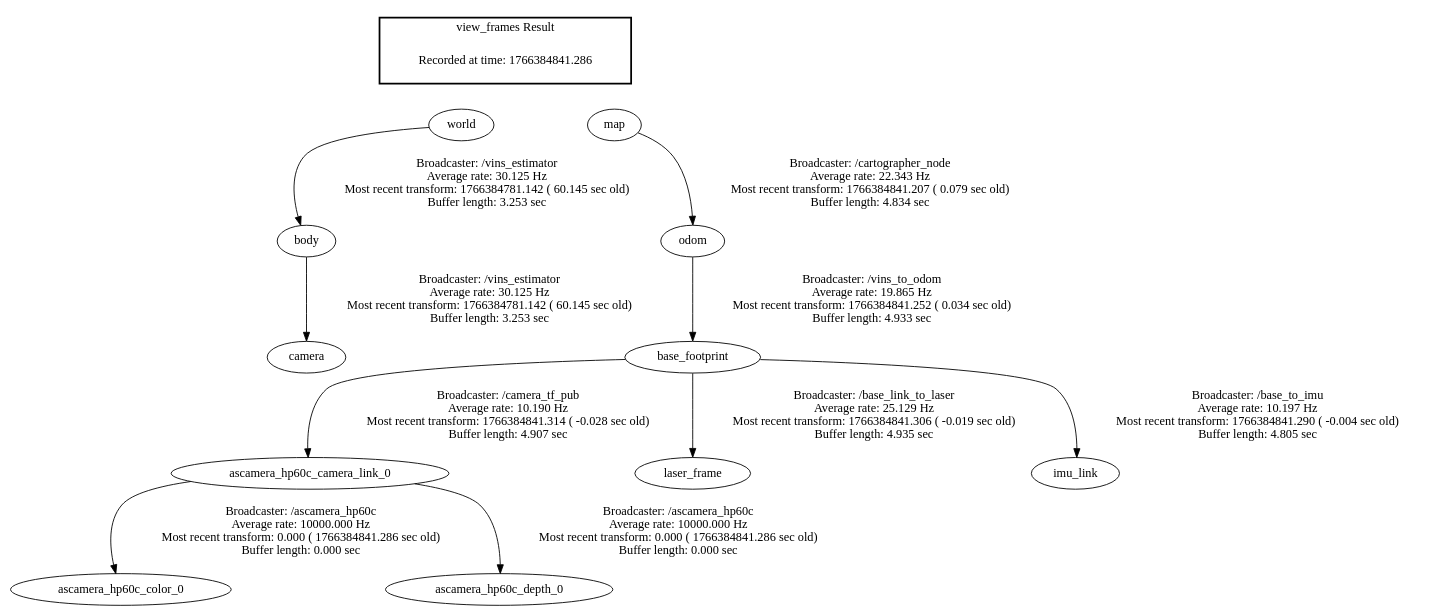
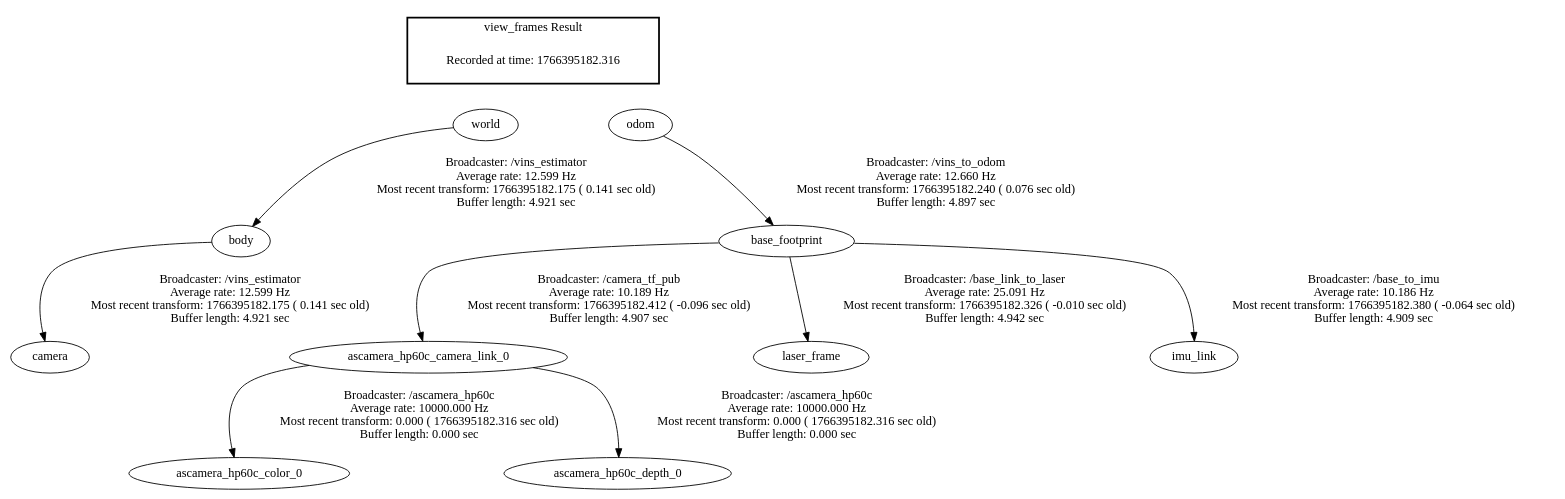
One commit to 2022090914028ysr-dotcom/rk3588 changed the diagram in NavOA_ws/frames.gv. Above: the diagram before and after it, drawn with Graphviz. The commit also changed 38 other files, not shown here.

```diff
--- a/NavOA_ws/frames.gv
+++ b/NavOA_ws/frames.gv
@@ -1,19 +1,18 @@
 digraph G {
-"ascamera_hp60c_camera_link_0" -> "ascamera_hp60c_color_0"[label="Broadcaster: /ascamera_hp60c\nAverage rate: 10000.000 Hz\nMost recent transform: 0.000 ( 1766384841.286 sec old)\nBuffer length: 0.000 sec\n"];
-"base_footprint" -> "ascamera_hp60c_camera_link_0"[label="Broadcaster: /camera_tf_pub\nAverage rate: 10.190 Hz\nMost recent transform: 1766384841.314 ( -0.028 sec old)\nBuffer length: 4.907 sec\n"];
-"ascamera_hp60c_camera_link_0" -> "ascamera_hp60c_depth_0"[label="Broadcaster: /ascamera_hp60c\nAverage rate: 10000.000 Hz\nMost recent transform: 0.000 ( 1766384841.286 sec old)\nBuffer length: 0.000 sec\n"];
-"odom" -> "base_footprint"[label="Broadcaster: /vins_to_odom\nAverage rate: 19.865 Hz\nMost recent transform: 1766384841.252 ( 0.034 sec old)\nBuffer length: 4.933 sec\n"];
-"world" -> "body"[label="Broadcaster: /vins_estimator\nAverage rate: 30.125 Hz\nMost recent transform: 1766384781.142 ( 60.145 sec old)\nBuffer length: 3.253 sec\n"];
-"body" -> "camera"[label="Broadcaster: /vins_estimator\nAverage rate: 30.125 Hz\nMost recent transform: 1766384781.142 ( 60.145 sec old)\nBuffer length: 3.253 sec\n"];
-"map" -> "odom"[label="Broadcaster: /cartographer_node\nAverage rate: 22.343 Hz\nMost recent transform: 1766384841.207 ( 0.079 sec old)\nBuffer length: 4.834 sec\n"];
-"base_footprint" -> "laser_frame"[label="Broadcaster: /base_link_to_laser\nAverage rate: 25.129 Hz\nMost recent transform: 1766384841.306 ( -0.019 sec old)\nBuffer length: 4.935 sec\n"];
-"base_footprint" -> "imu_link"[label="Broadcaster: /base_to_imu\nAverage rate: 10.197 Hz\nMost recent transform: 1766384841.290 ( -0.004 sec old)\nBuffer length: 4.805 sec\n"];
+"ascamera_hp60c_camera_link_0" -> "ascamera_hp60c_color_0"[label="Broadcaster: /ascamera_hp60c\nAverage rate: 10000.000 Hz\nMost recent transform: 0.000 ( 1766395182.316 sec old)\nBuffer length: 0.000 sec\n"];
+"base_footprint" -> "ascamera_hp60c_camera_link_0"[label="Broadcaster: /camera_tf_pub\nAverage rate: 10.189 Hz\nMost recent transform: 1766395182.412 ( -0.096 sec old)\nBuffer length: 4.907 sec\n"];
+"ascamera_hp60c_camera_link_0" -> "ascamera_hp60c_depth_0"[label="Broadcaster: /ascamera_hp60c\nAverage rate: 10000.000 Hz\nMost recent transform: 0.000 ( 1766395182.316 sec old)\nBuffer length: 0.000 sec\n"];
+"world" -> "body"[label="Broadcaster: /vins_estimator\nAverage rate: 12.599 Hz\nMost recent transform: 1766395182.175 ( 0.141 sec old)\nBuffer length: 4.921 sec\n"];
+"body" -> "camera"[label="Broadcaster: /vins_estimator\nAverage rate: 12.599 Hz\nMost recent transform: 1766395182.175 ( 0.141 sec old)\nBuffer length: 4.921 sec\n"];
+"base_footprint" -> "laser_frame"[label="Broadcaster: /base_link_to_laser\nAverage rate: 25.091 Hz\nMost recent transform: 1766395182.326 ( -0.010 sec old)\nBuffer length: 4.942 sec\n"];
+"odom" -> "base_footprint"[label="Broadcaster: /vins_to_odom\nAverage rate: 12.660 Hz\nMost recent transform: 1766395182.240 ( 0.076 sec old)\nBuffer length: 4.897 sec\n"];
+"base_footprint" -> "imu_link"[label="Broadcaster: /base_to_imu\nAverage rate: 10.186 Hz\nMost recent transform: 1766395182.380 ( -0.064 sec old)\nBuffer length: 4.909 sec\n"];
 edge [style=invis];
  subgraph cluster_legend { style=bold; color=black; label ="view_frames Result";
-"Recorded at time: 1766384841.286"[ shape=plaintext ] ;
+"Recorded at time: 1766395182.316"[ shape=plaintext ] ;
  }->"world";
 edge [style=invis];
  subgraph cluster_legend { style=bold; color=black; label ="view_frames Result";
-"Recorded at time: 1766384841.286"[ shape=plaintext ] ;
- }->"map";
+"Recorded at time: 1766395182.316"[ shape=plaintext ] ;
+ }->"odom";
 }
```
